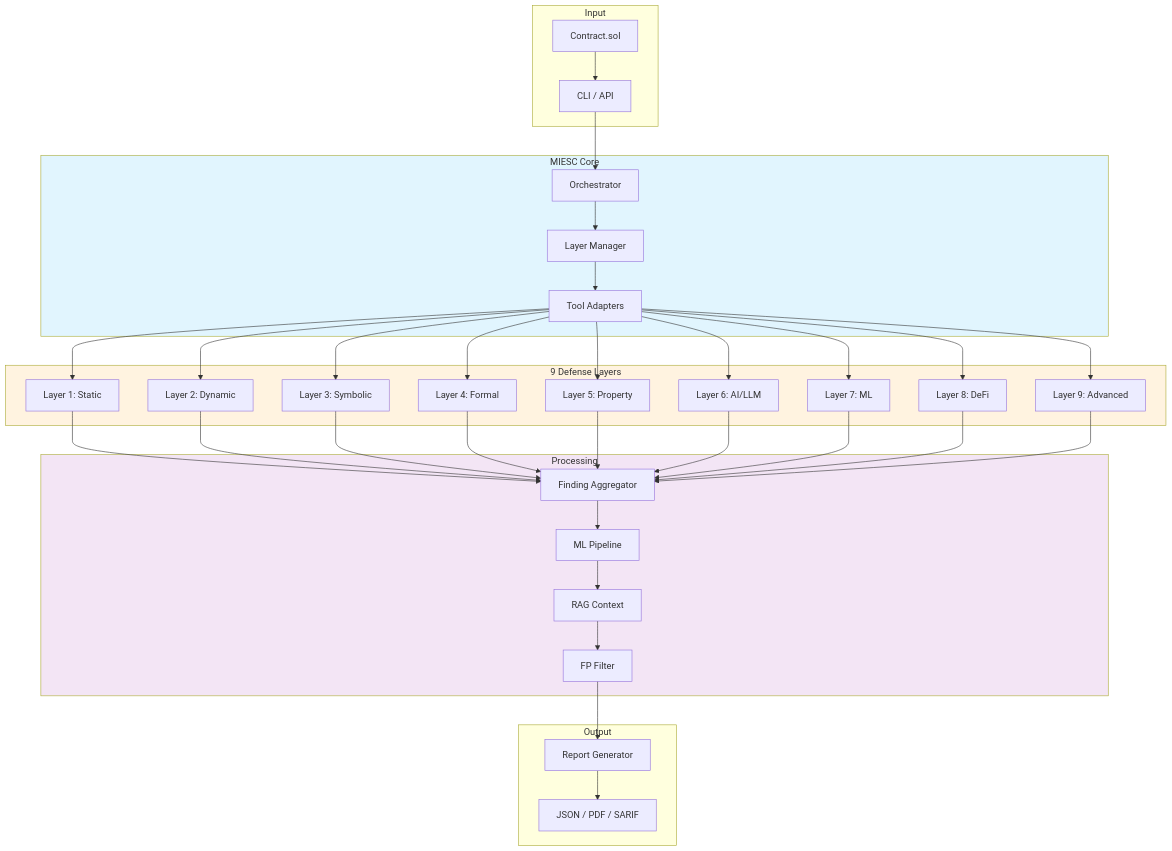
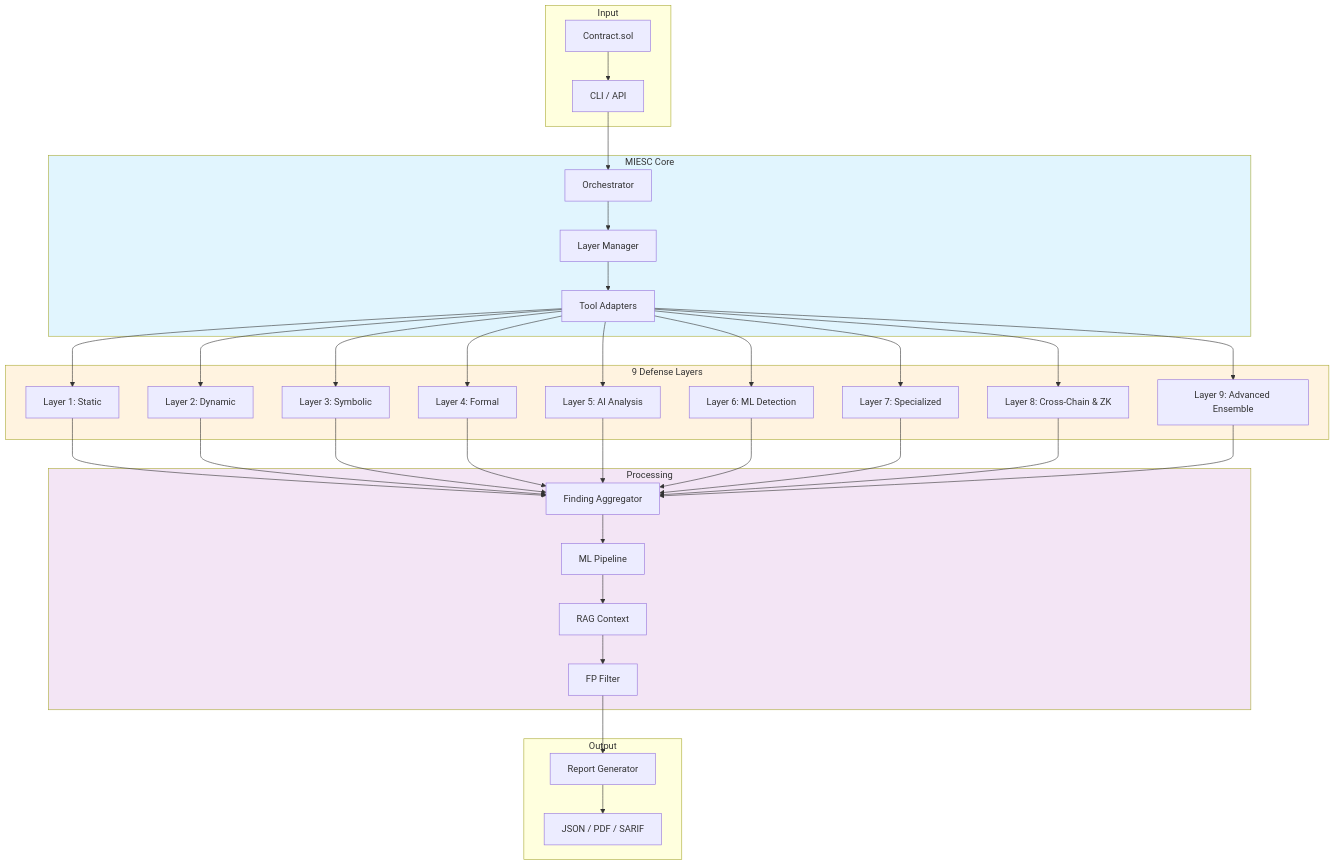
The first of 4 diagrams in docs/ARCHITECTURE.md (fboiero/MIESC), drawn with Mermaid before and after one commit. The commit also changed other lines of this file and 8 other files, not shown here.

````diff
--- a/docs/ARCHITECTURE.md
+++ b/docs/ARCHITECTURE.md
@@ -9,40 +9,40 @@
 ```mermaid
 flowchart TB
     subgraph Input
         A[Contract.sol] --> B[CLI / API]
     end
 
     subgraph Core["MIESC Core"]
         B --> C[Orchestrator]
         C --> D[Layer Manager]
         D --> E[Tool Adapters]
     end
 
     subgraph Layers["9 Defense Layers"]
         E --> L1[Layer 1: Static]
         E --> L2[Layer 2: Dynamic]
         E --> L3[Layer 3: Symbolic]
         E --> L4[Layer 4: Formal]
-        E --> L5[Layer 5: Property]
-        E --> L6[Layer 6: AI/LLM]
-        E --> L7[Layer 7: ML]
-        E --> L8[Layer 8: DeFi]
-        E --> L9[Layer 9: Advanced]
+        E --> L5[Layer 5: AI Analysis]
+        E --> L6[Layer 6: ML Detection]
+        E --> L7[Layer 7: Specialized]
+        E --> L8[Layer 8: Cross-Chain & ZK]
+        E --> L9[Layer 9: Advanced Ensemble]
     end
 
     subgraph Processing
         L1 & L2 & L3 & L4 & L5 & L6 & L7 & L8 & L9 --> F[Finding Aggregator]
         F --> G[ML Pipeline]
         G --> H[RAG Context]
         H --> I[FP Filter]
     end
 
     subgraph Output
         I --> J[Report Generator]
         J --> K[JSON / PDF / SARIF]
     end
 
     style Core fill:#e1f5fe
     style Layers fill:#fff3e0
     style Processing fill:#f3e5f5
 ```
````
